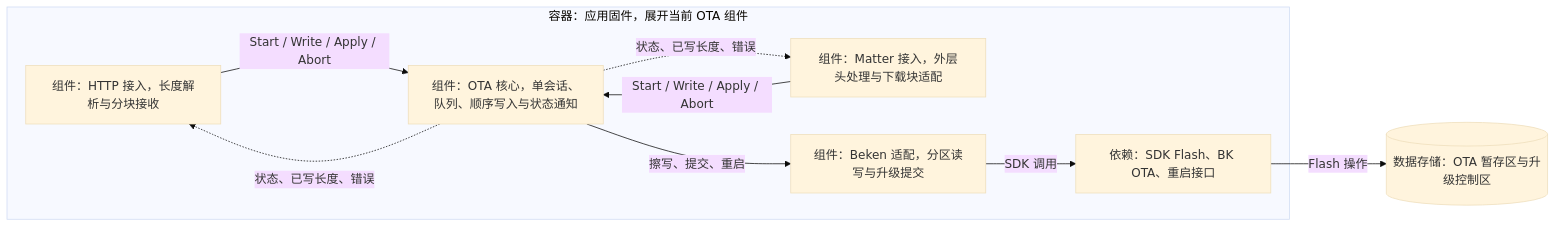
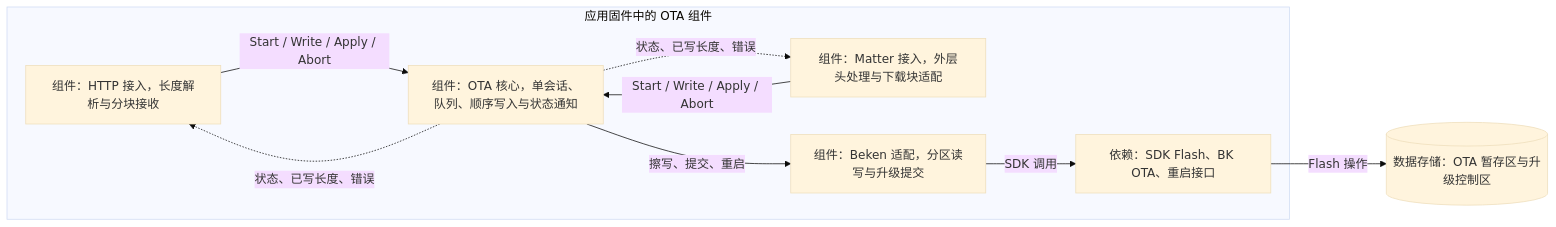
One commit to dragonxiaoex/bk7239 changed the second of 5 diagrams in docs/ota.md. Above: the diagram before and after it, drawn with Mermaid (base theme). The commit also changed other lines of this file and 16 other files, not shown here.

````diff
--- a/docs/ota.md
+++ b/docs/ota.md
@@ -39,18 +43,18 @@
 ```mermaid
 flowchart LR
-    subgraph firmware ["容器：应用固件，展开当前 OTA 组件"]
+    subgraph firmware ["应用固件中的 OTA 组件"]
         httpIngress["组件：HTTP 接入，长度解析与分块接收"]
         matterIngress["组件：Matter 接入，外层头处理与下载块适配"]
         otaCore["组件：OTA 核心，单会话、队列、顺序写入与状态通知"]
         flashAdapter["组件：Beken 适配，分区读写与升级提交"]
         sdk["依赖：SDK Flash、BK OTA、重启接口"]
     end
     imageStore[("数据存储：OTA 暂存区与升级控制区")]
     httpIngress -->|"Start / Write / Apply / Abort"| otaCore
     matterIngress -->|"Start / Write / Apply / Abort"| otaCore
     otaCore -.->|"状态、已写长度、错误"| httpIngress
     otaCore -.->|"状态、已写长度、错误"| matterIngress
     otaCore -->|"擦写、提交、重启"| flashAdapter
     flashAdapter -->|"SDK 调用"| sdk
     sdk -->|"Flash 操作"| imageStore
 ```
````
